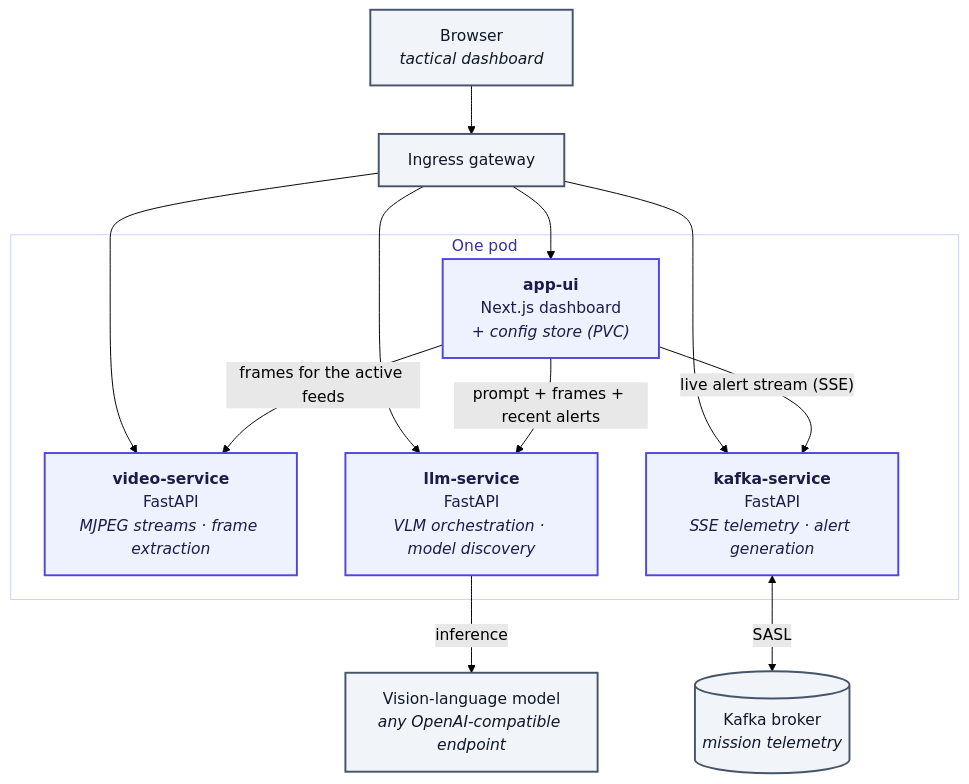
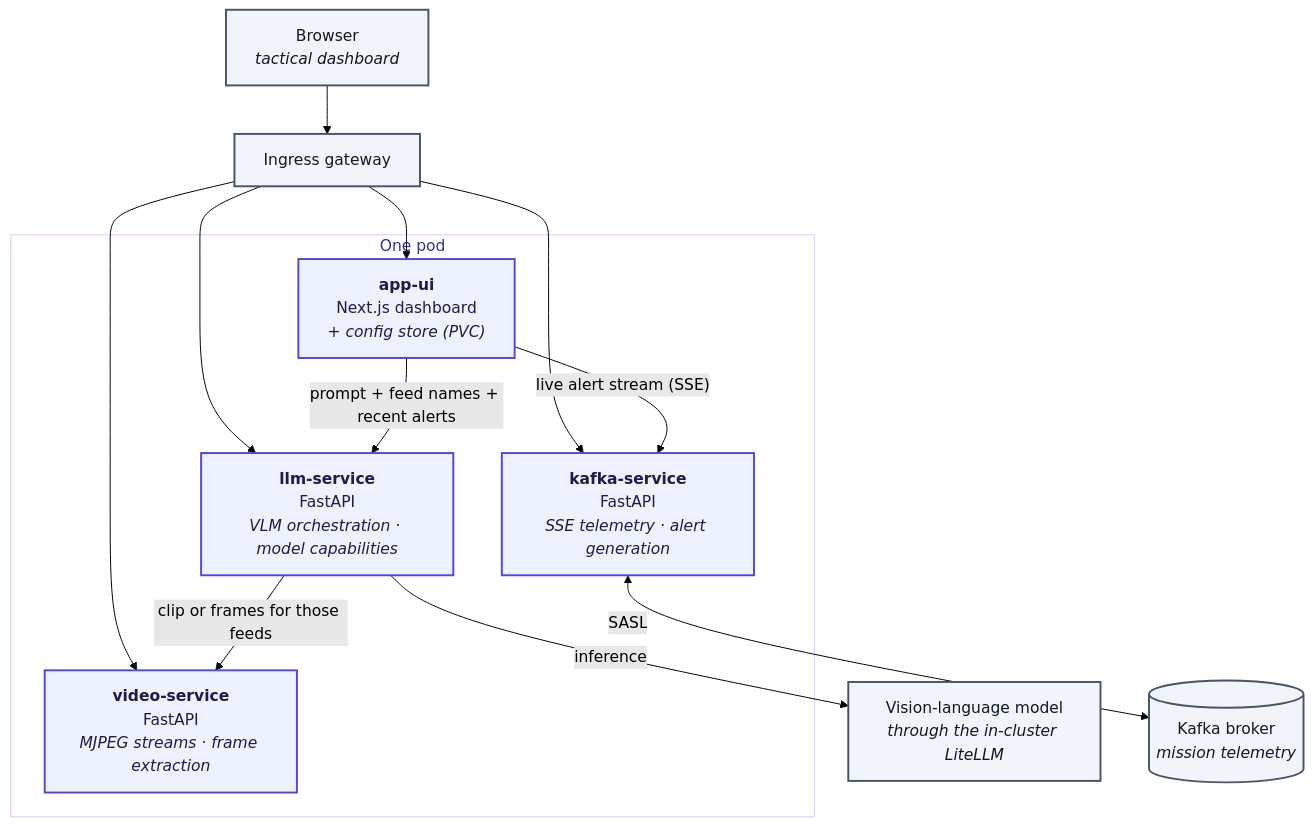
The diagram in README.md (erdincka/defence-ops), drawn with Mermaid (forest theme) before and after one commit. The commit also changed other lines of this file and 52 other files, not shown here.

````diff
--- a/README.md
+++ b/README.md
@@ -39,31 +41,31 @@
 ```mermaid
 flowchart TB
     browser["Browser<br/><i>tactical dashboard</i>"]
     gw["Ingress gateway"]
 
     subgraph ns ["One pod"]
         ui["<b>app-ui</b><br/>Next.js dashboard<br/><i>+ config store (PVC)</i>"]
         vid["<b>video-service</b><br/>FastAPI<br/><i>MJPEG streams · frame extraction</i>"]
-        llm["<b>llm-service</b><br/>FastAPI<br/><i>VLM orchestration · model discovery</i>"]
+        llm["<b>llm-service</b><br/>FastAPI<br/><i>VLM orchestration · model capabilities</i>"]
         kaf["<b>kafka-service</b><br/>FastAPI<br/><i>SSE telemetry · alert generation</i>"]
     end
 
-    model["Vision-language model<br/><i>any OpenAI-compatible endpoint</i>"]
+    model["Vision-language model<br/><i>through the in-cluster LiteLLM</i>"]
     broker[("Kafka broker<br/><i>mission telemetry</i>")]
 
     browser --> gw --> ui
     gw --> vid
     gw --> llm
     gw --> kaf
-    ui -->|"frames for the active feeds"| vid
-    ui -->|"prompt + frames + recent alerts"| llm
+    ui -->|"prompt + feed names + recent alerts"| llm
+    llm -->|"clip or frames for those feeds"| vid
     ui -->|"live alert stream (SSE)"| kaf
     llm -->|"inference"| model
     kaf <-->|"SASL"| broker
 
     classDef svc fill:#eef2ff,stroke:#4f46e5,stroke-width:2px,color:#1e1b4b;
     classDef ext fill:#f1f5f9,stroke:#475569,stroke-width:2px,color:#0f172a;
     class ui,vid,llm,kaf svc;
     class browser,gw,model,broker ext;
     style ns fill:#ffffff,stroke:#c7d2fe,stroke-width:1px,color:#3730a3;
 ```
````
